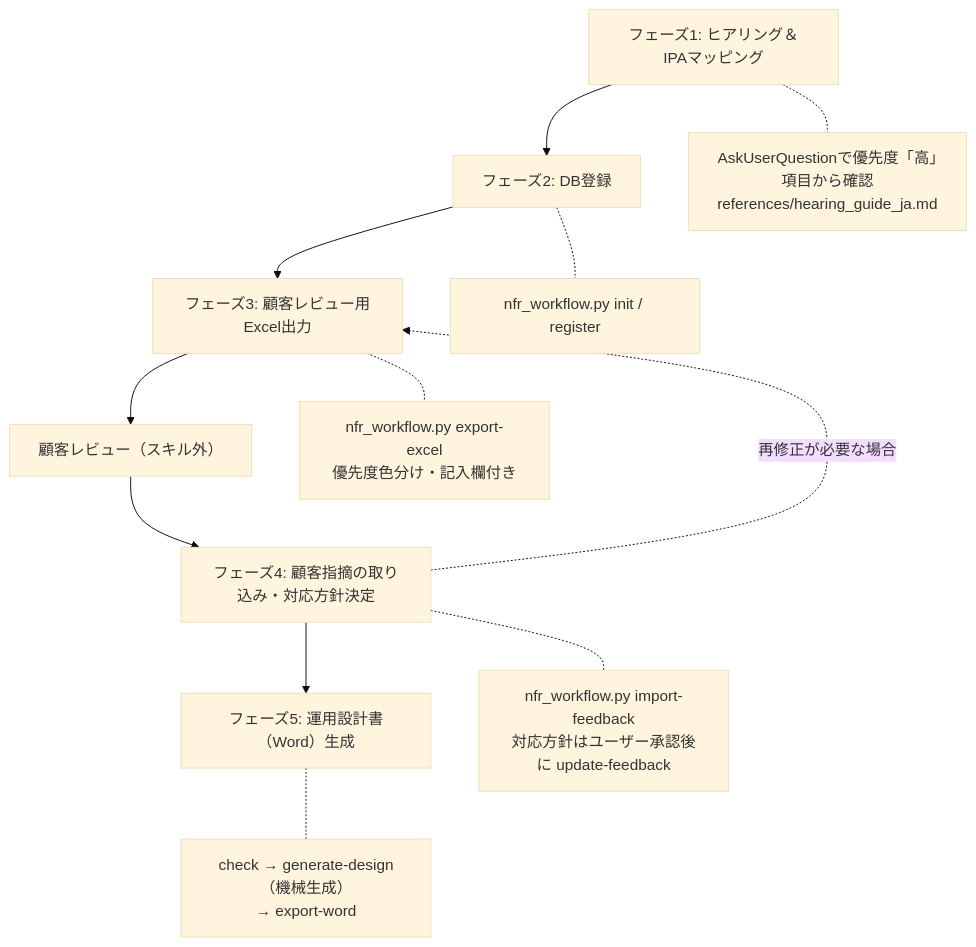
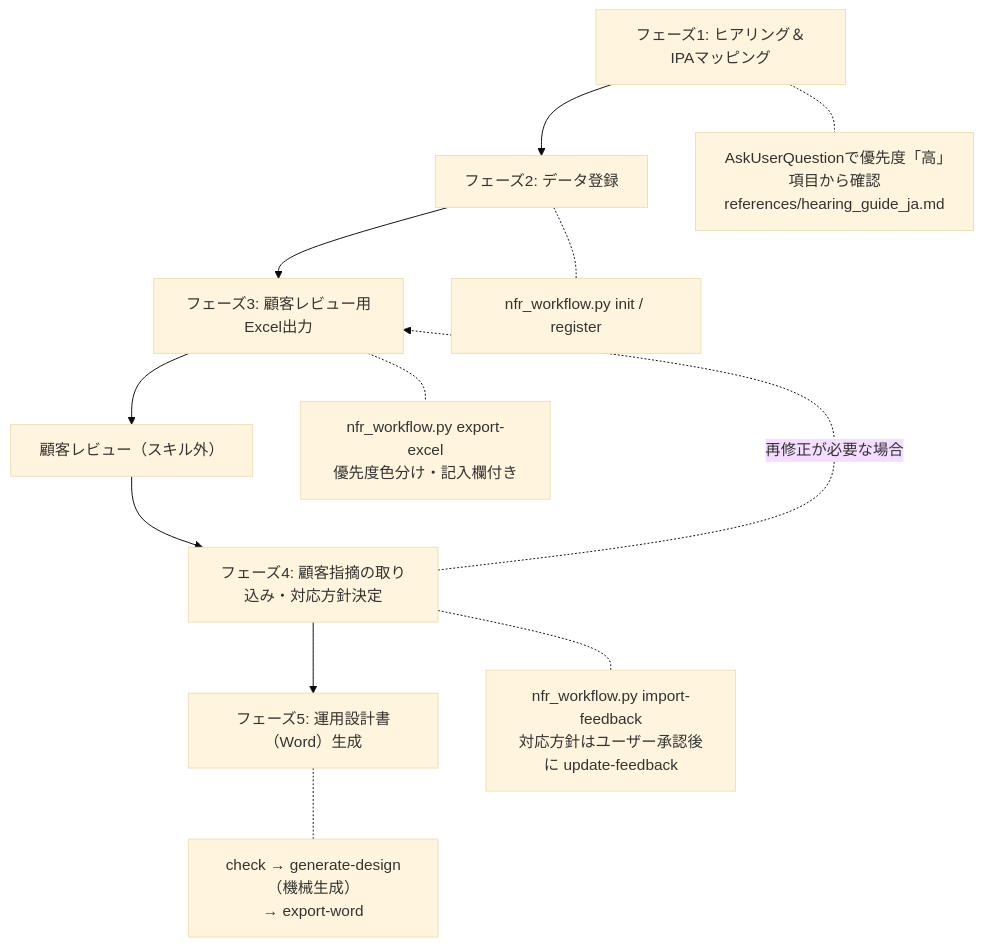
One commit to windschord/claude_skils changed the diagram in operations/ipa-nfr-workflow/SKILL.md. Above: the diagram before and after it, drawn with Mermaid (base theme). The commit also changed other lines of this file and 7 other files, not shown here.

````diff
--- a/operations/ipa-nfr-workflow/SKILL.md
+++ b/operations/ipa-nfr-workflow/SKILL.md
@@ -80,15 +93,15 @@
 ```mermaid
 flowchart TD
-    P1[フェーズ1: ヒアリング＆IPAマッピング] --> P2[フェーズ2: DB登録]
+    P1[フェーズ1: ヒアリング＆IPAマッピング] --> P2[フェーズ2: データ登録]
     P2 --> P3[フェーズ3: 顧客レビュー用Excel出力]
     P3 --> C[顧客レビュー（スキル外）]
     C --> P4[フェーズ4: 顧客指摘の取り込み・対応方針決定]
     P4 --> P5[フェーズ5: 運用設計書（Word）生成]
     P4 -.再修正が必要な場合.-> P3
 
     P1 -.- P1a[AskUserQuestionで優先度「高」項目から確認<br/>references/hearing_guide_ja.md]
     P2 -.- P2a[nfr_workflow.py init / register]
     P3 -.- P3a[nfr_workflow.py export-excel<br/>優先度色分け・記入欄付き]
     P4 -.- P4a[nfr_workflow.py import-feedback<br/>対応方針はユーザー承認後に update-feedback]
     P5 -.- P5a[check → generate-design（機械生成）<br/>→ export-word]
 ```
````
